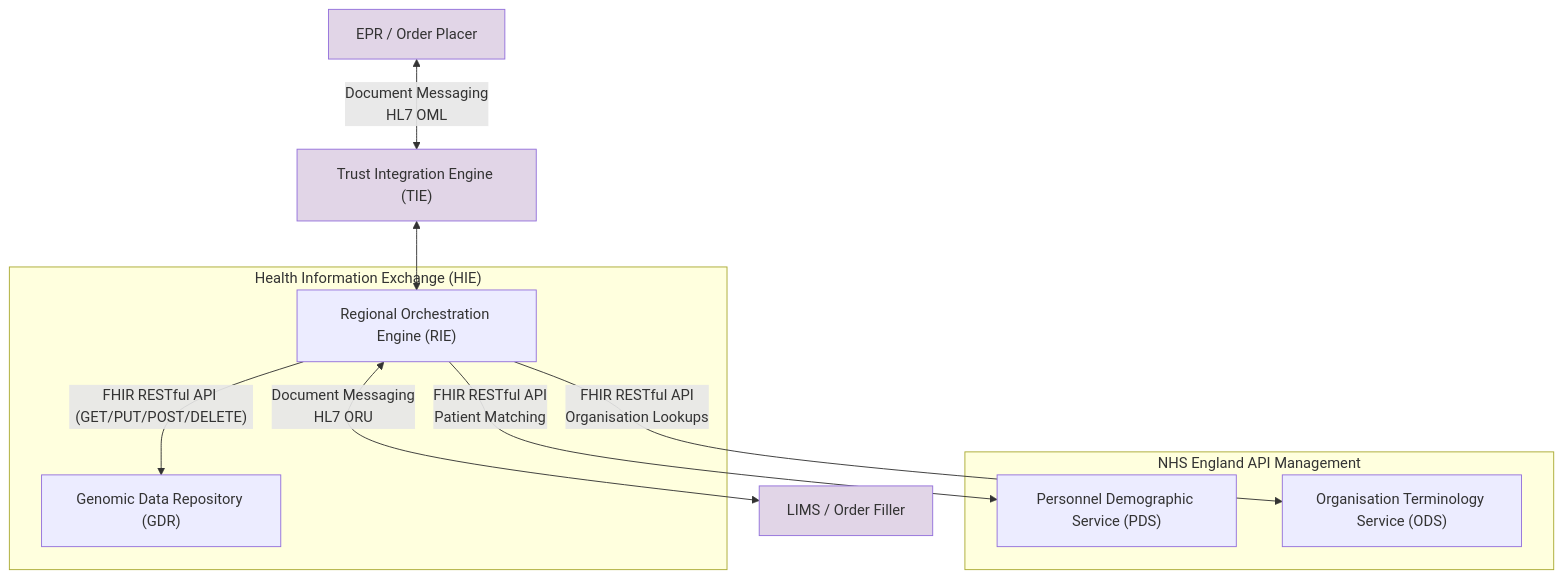
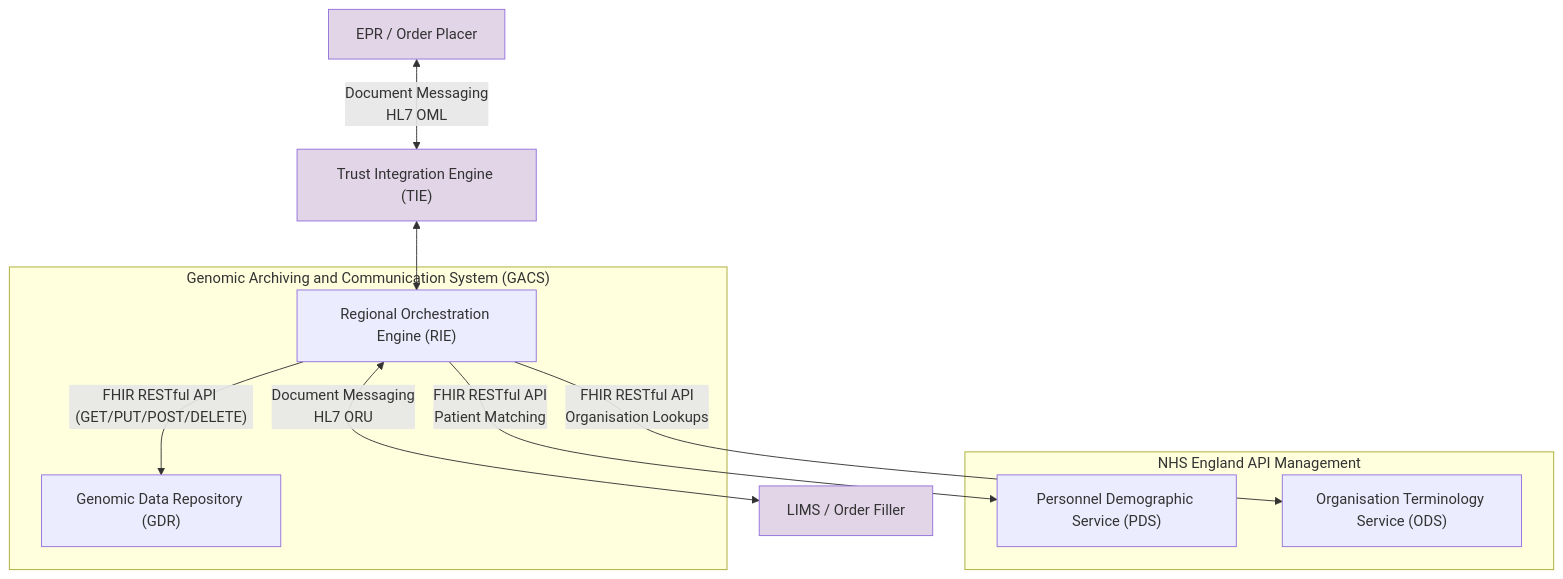
One commit to uk-gov-mirror/nw-gmsa.nw-gmsa.github.com changed the diagram in Design/phase1-nationalapi.mermaid. Above: the diagram before and after it, drawn with Mermaid. The commit also changed 24 other files, not shown here.

Commit message:
Added mermain diagrams from HIE Design

```diff
--- a/Design/phase1-nationalapi.mermaid
+++ b/Design/phase1-nationalapi.mermaid
@@ -1,35 +1,35 @@
 graph TD
 
 
 EPR[EPR / Order Placer]
 
 TIE["Trust Integration Engine (TIE)"]
 
-subgraph HIE["Health Information Exchange (HIE)"];
+subgraph HIE["Genomic Archiving and Communication System (GACS)"];
     RIE["Regional Orchestration Engine (RIE)"]
     GDR["Genomic Data Repository (GDR)"]
 end
 
 subgraph APIM[NHS England API Management];
     PDS["Personnel Demographic Service (PDS)"]
     ODS["Organisation Terminology Service (ODS)"]
 end
 
 LIMS[LIMS / Order Filler]
 
 EPR <--> |Document Messaging<br/>HL7 OML| TIE
 TIE <--> RIE
 RIE <--> |Document Messaging<br/>HL7 ORU| LIMS
 RIE --> |"FHIR RESTful API (GET/PUT/POST/DELETE)"| GDR
 
 
 RIE --> |FHIR RESTful API<br/>Patient Matching| PDS
 RIE --> |FHIR RESTful API<br/>Organisation Lookups| ODS
 
 
 classDef purple fill:#E1D5E7;
 classDef pink fill:#F8CECC;
 
 
 class EPR,TIE,LIMS,DC purple;
 class DM,HL7UK pink;
```
